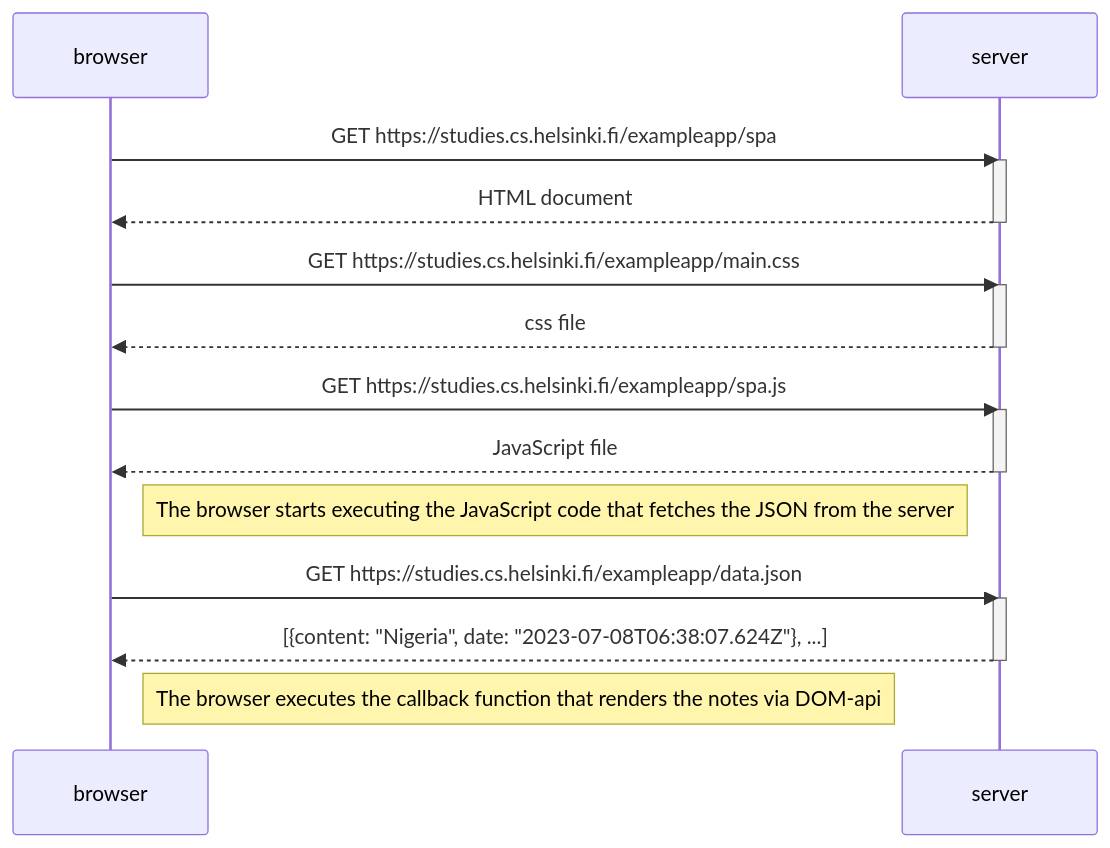
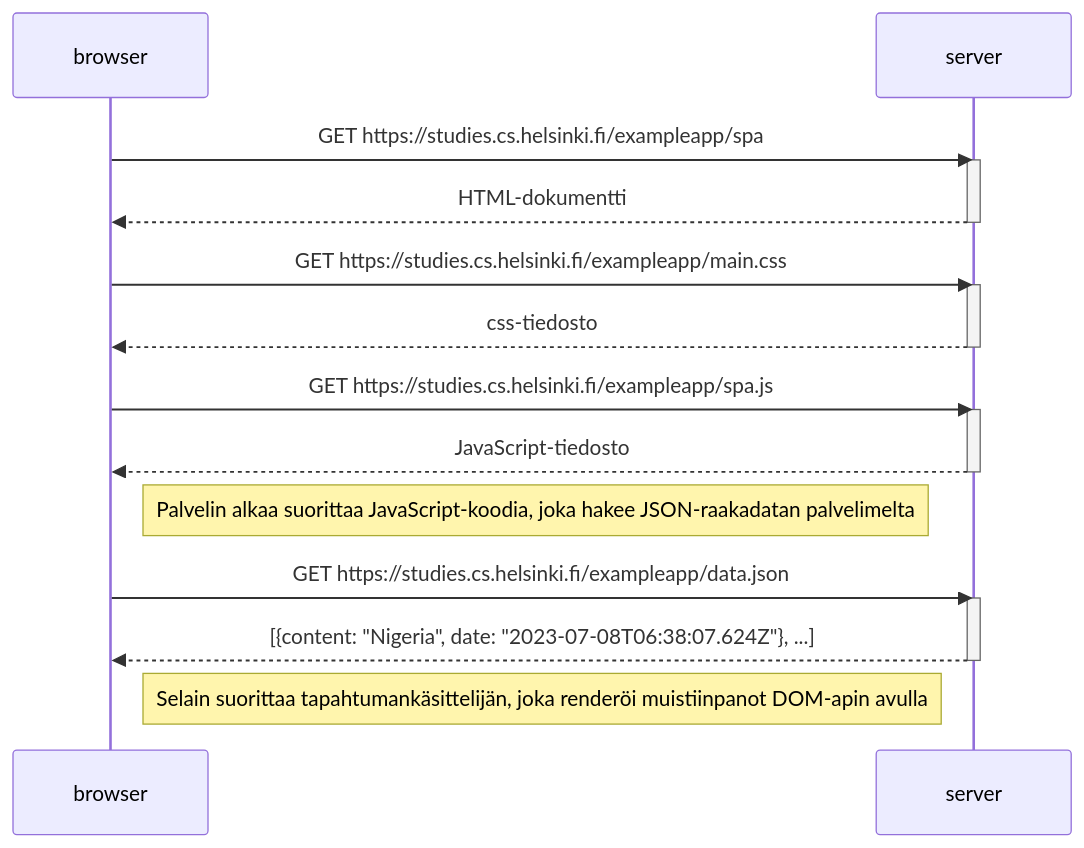
One commit to z0nsk1/FullStackOpen23 changed the diagram in osa0/0.5_sekvenssikaavio.md. Above: the diagram before and after it, drawn with Mermaid.

````diff
--- a/osa0/0.5_sekvenssikaavio.md
+++ b/osa0/0.5_sekvenssikaavio.md
@@ -1,31 +1,31 @@
 ```mermaid
 
 sequenceDiagram
   participant browser
   participant server
 
   browser->>server: GET https://studies.cs.helsinki.fi/exampleapp/spa
   activate server
-  server-->>browser: HTML document
+  server-->>browser: HTML-dokumentti
   deactivate server
 
   browser->>server: GET https://studies.cs.helsinki.fi/exampleapp/main.css
   activate server
-  server-->>browser: css file
+  server-->>browser: css-tiedosto
   deactivate server
 
   browser->>server: GET https://studies.cs.helsinki.fi/exampleapp/spa.js
   activate server
-  server-->>browser: JavaScript file
+  server-->>browser: JavaScript-tiedosto
   deactivate server
 
-  Note right of browser: The browser starts executing the JavaScript code that fetches the JSON from the server
+  Note right of browser: Palvelin alkaa suorittaa JavaScript-koodia, joka hakee JSON-raakadatan palvelimelta
 
   browser->>server: GET https://studies.cs.helsinki.fi/exampleapp/data.json
   activate server
   server-->>browser: [{content: "Nigeria", date: "2023-07-08T06:38:07.624Z"}, ...]
   deactivate server
 
-  Note right of browser: The browser executes the callback function that renders the notes via DOM-api
+  Note right of browser: Selain suorittaa tapahtumankäsittelijän, joka renderöi muistiinpanot DOM-apin avulla
 
 ```
````
